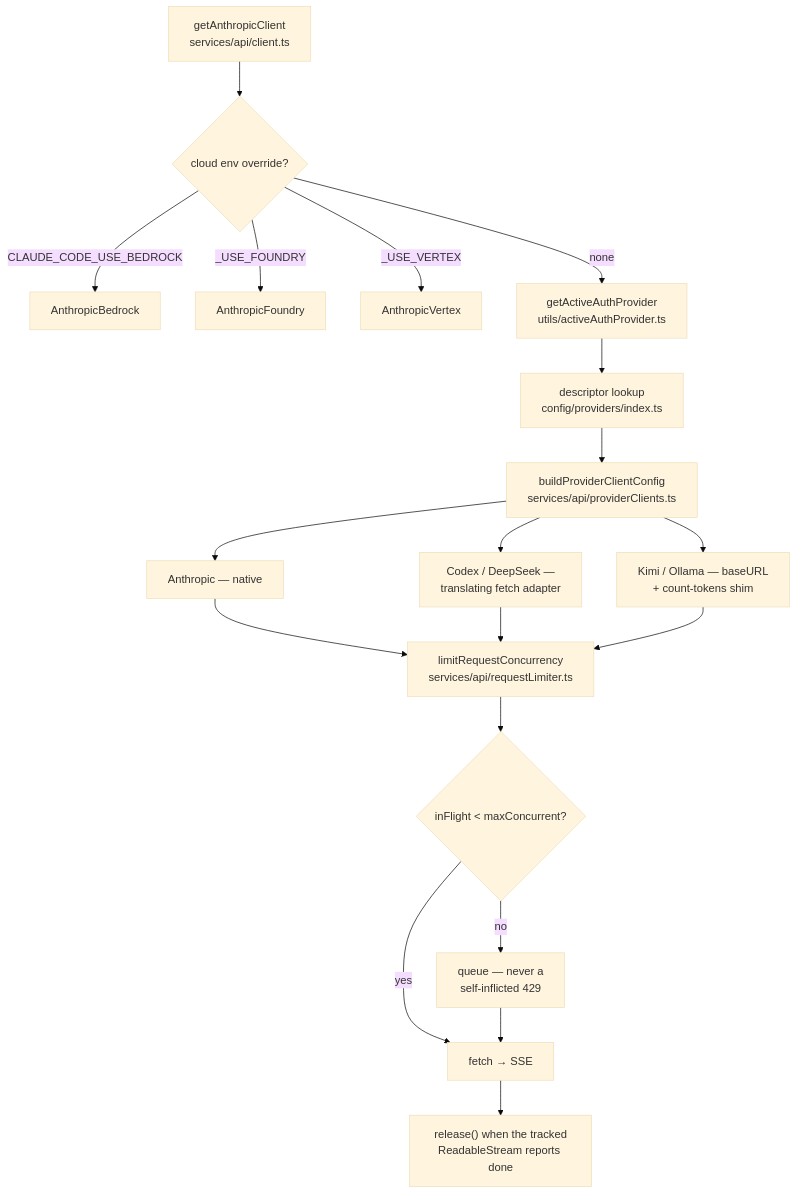
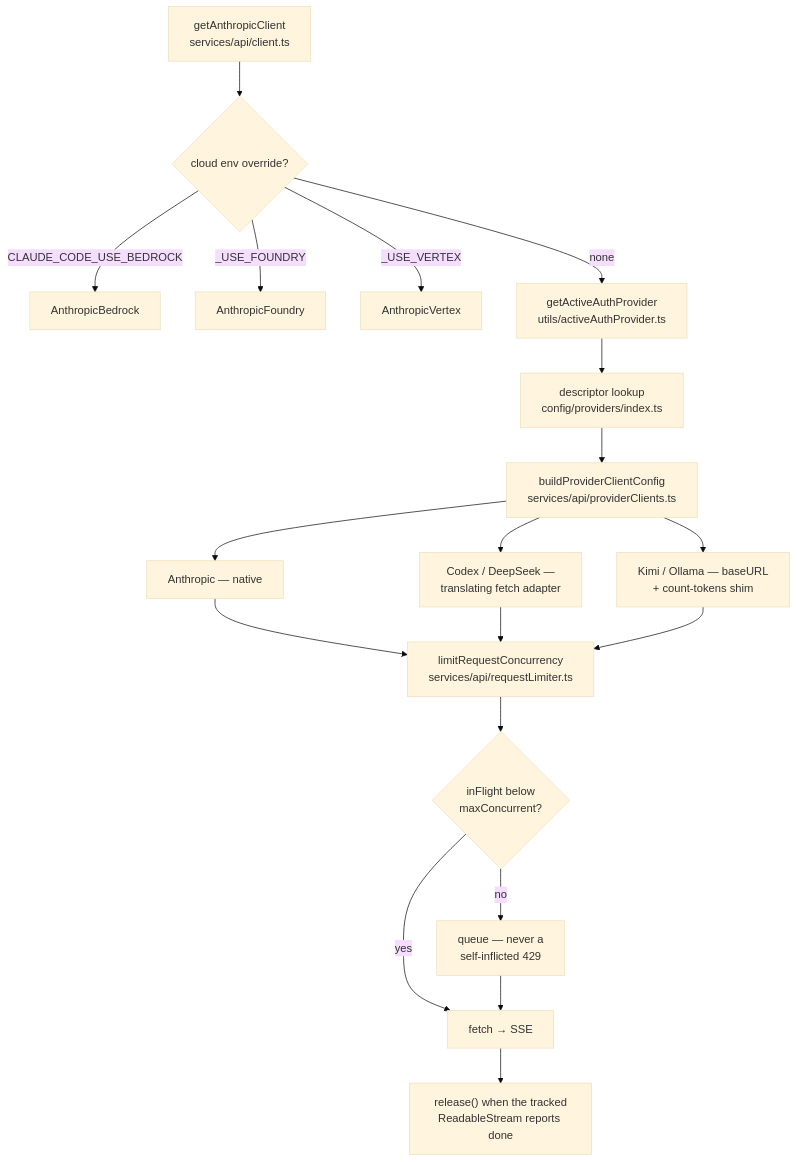
Before and after one commit to cristianizzo/axa-chat: the fifth of 8 diagrams in docs/ARCHITECTURE.md, drawn with Mermaid (base theme). The commit also changed other lines of this file, not shown here.

First line of the commit message:
docs: state the path convention, and drop the diagram's inverted label

````diff
--- a/docs/ARCHITECTURE.md
+++ b/docs/ARCHITECTURE.md
@@ -239,21 +254,21 @@
 ```mermaid
 flowchart TD
     A["getAnthropicClient<br/>services/api/client.ts"] --> B{"cloud env override?"}
     B -->|"CLAUDE_CODE_USE_BEDROCK"| B1["AnthropicBedrock"]
     B -->|_USE_FOUNDRY| B2["AnthropicFoundry"]
     B -->|_USE_VERTEX| B3["AnthropicVertex"]
     B -->|none| C["getActiveAuthProvider<br/>utils/activeAuthProvider.ts"]
     C --> D["descriptor lookup<br/>config/providers/index.ts"]
     D --> E["buildProviderClientConfig<br/>services/api/providerClients.ts"]
     E --> F1["Anthropic — native"]
     E --> F2["Codex / DeepSeek —<br/>translating fetch adapter"]
     E --> F3["Kimi / Ollama — baseURL<br/>+ count-tokens shim"]
     F1 --> G["limitRequestConcurrency<br/>services/api/requestLimiter.ts"]
     F2 --> G
     F3 --> G
-    G --> H{"inFlight &lt; maxConcurrent?"}
+    G --> H{"inFlight below<br/>maxConcurrent?"}
     H -->|no| H1["queue — never a<br/>self-inflicted 429"]
     H -->|yes| I["fetch → SSE"]
     H1 --> I
     I --> J["release() when the tracked<br/>ReadableStream reports done"]
 ```
````
